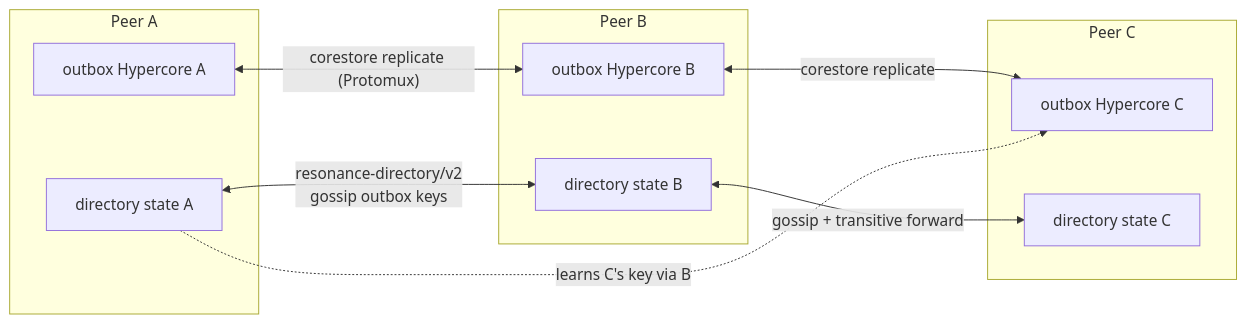
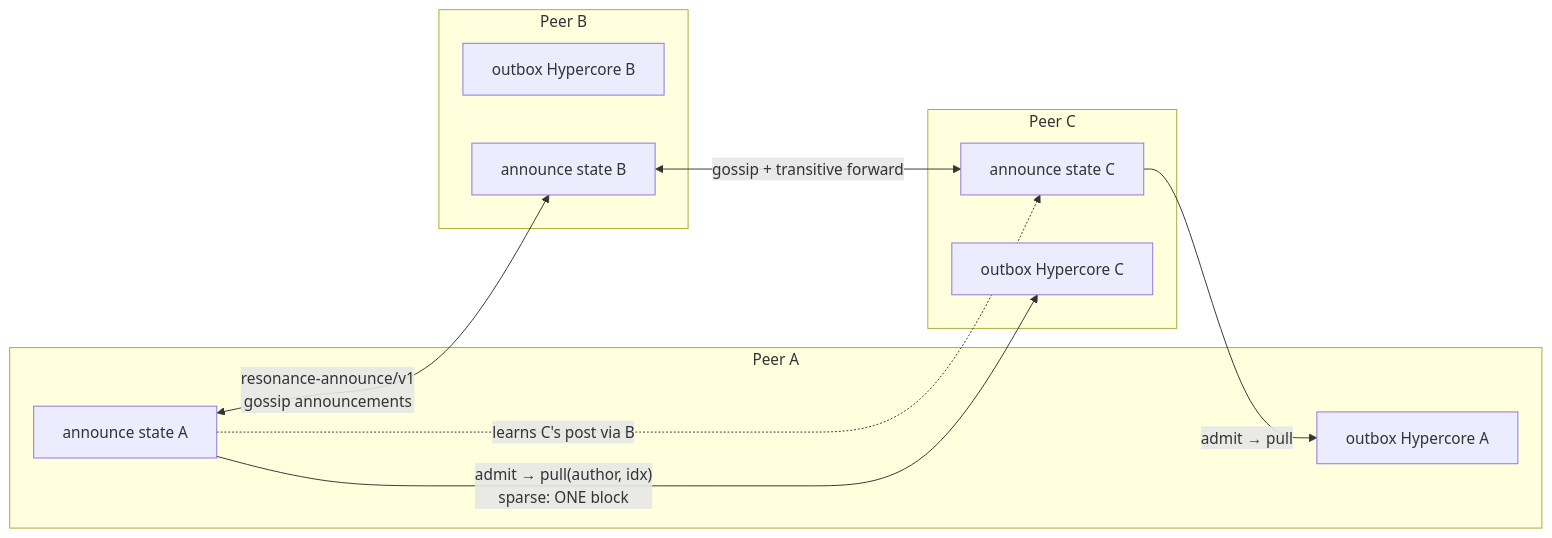
The sixth of 9 diagrams in docs/DIAGRAMS.md (Helldez/Resonance), drawn with Mermaid before and after one commit. The commit also changed other lines of this file and 12 other files, not shown here.

````diff
--- a/docs/DIAGRAMS.md
+++ b/docs/DIAGRAMS.md
@@ -230,21 +246,21 @@
 ```mermaid
 flowchart LR
     subgraph PeerA["Peer A"]
         OA["outbox Hypercore A"]
-        DA["directory state A"]
+        DA["announce state A"]
     end
     subgraph PeerB["Peer B"]
         OB["outbox Hypercore B"]
-        DB["directory state B"]
+        DB["announce state B"]
     end
     subgraph PeerC["Peer C"]
         OC["outbox Hypercore C"]
-        DC["directory state C"]
+        DC["announce state C"]
     end
 
-    OA <-->|"corestore replicate (Protomux)"| OB
-    OB <-->|"corestore replicate"| OC
-    DA <-->|"resonance-directory/v2<br/>gossip outbox keys"| DB
+    DA <-->|"resonance-announce/v1<br/>gossip announcements"| DB
     DB <-->|"gossip + transitive forward"| DC
-    DA -. "learns C's key via B" .-> OC
+    DA -. "learns C's post via B" .-> DC
+    DA -- "admit → pull(author, idx)<br/>sparse: ONE block" --> OC
+    DC -- "admit → pull" --> OA
 ```
````
